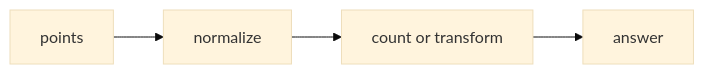
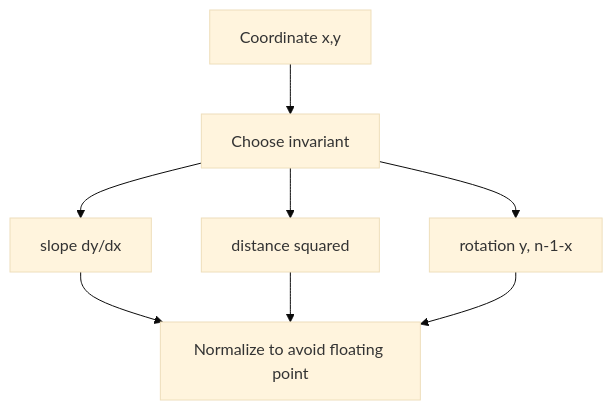
Before and after one commit to Icon1cc/Data-Structures-and-Algorithms: the diagram in math-geometry/README.md, drawn with Mermaid (base theme). The commit also changed other lines of this file and 112 other files, not shown here.

````diff
--- a/math-geometry/README.md
+++ b/math-geometry/README.md
@@ -55,6 +64,10 @@
 ```mermaid
-flowchart LR
-    A[points] --> B[normalize]
-    B --> C[count or transform]
-    C --> D[answer]
+flowchart TD
+    A[Coordinate x,y] --> B[Choose invariant]
+    B --> C[slope dy/dx]
+    B --> D[distance squared]
+    B --> E[rotation y, n-1-x]
+    C --> F[Normalize to avoid floating point]
+    D --> F
+    E --> F
 ```
````
